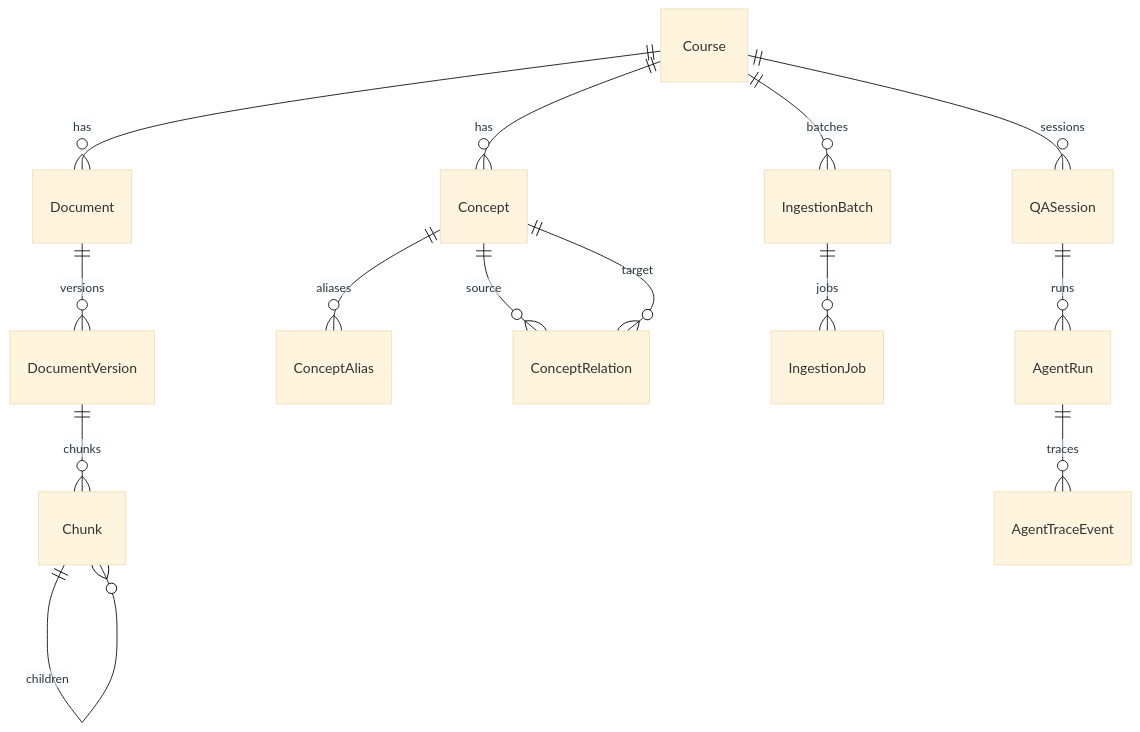
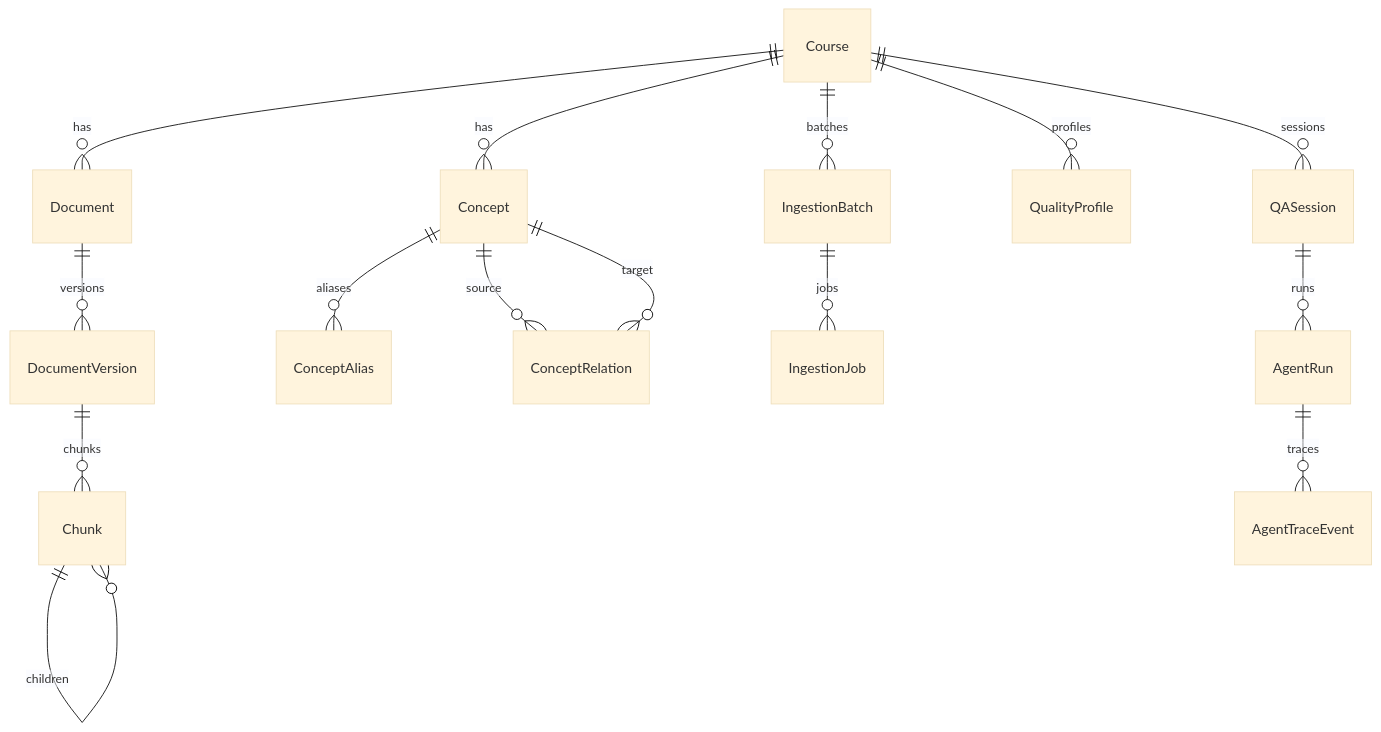
Before and after one commit to Sggggt/DialoGraph: the sixth of 6 diagrams in README.en.md, drawn with Mermaid (base theme). The commit also changed other lines of this file and 61 other files, not shown here.

Commit message:
v5.0: 重构文件解析和图谱构建的质量系统，问答的Agent系统加强了evidence-first核心思想

````diff
--- a/README.en.md
+++ b/README.en.md
@@ -425,16 +541,17 @@
 ```mermaid
 erDiagram
     Course ||--o{ Document : has
     Document ||--o{ DocumentVersion : versions
     DocumentVersion ||--o{ Chunk : chunks
     Chunk ||--o{ Chunk : children
     Course ||--o{ Concept : has
     Concept ||--o{ ConceptAlias : aliases
     Concept ||--o{ ConceptRelation : source
     Concept ||--o{ ConceptRelation : target
     Course ||--o{ IngestionBatch : batches
     IngestionBatch ||--o{ IngestionJob : jobs
+    Course ||--o{ QualityProfile : profiles
     Course ||--o{ QASession : sessions
     QASession ||--o{ AgentRun : runs
     AgentRun ||--o{ AgentTraceEvent : traces
 ```
````
